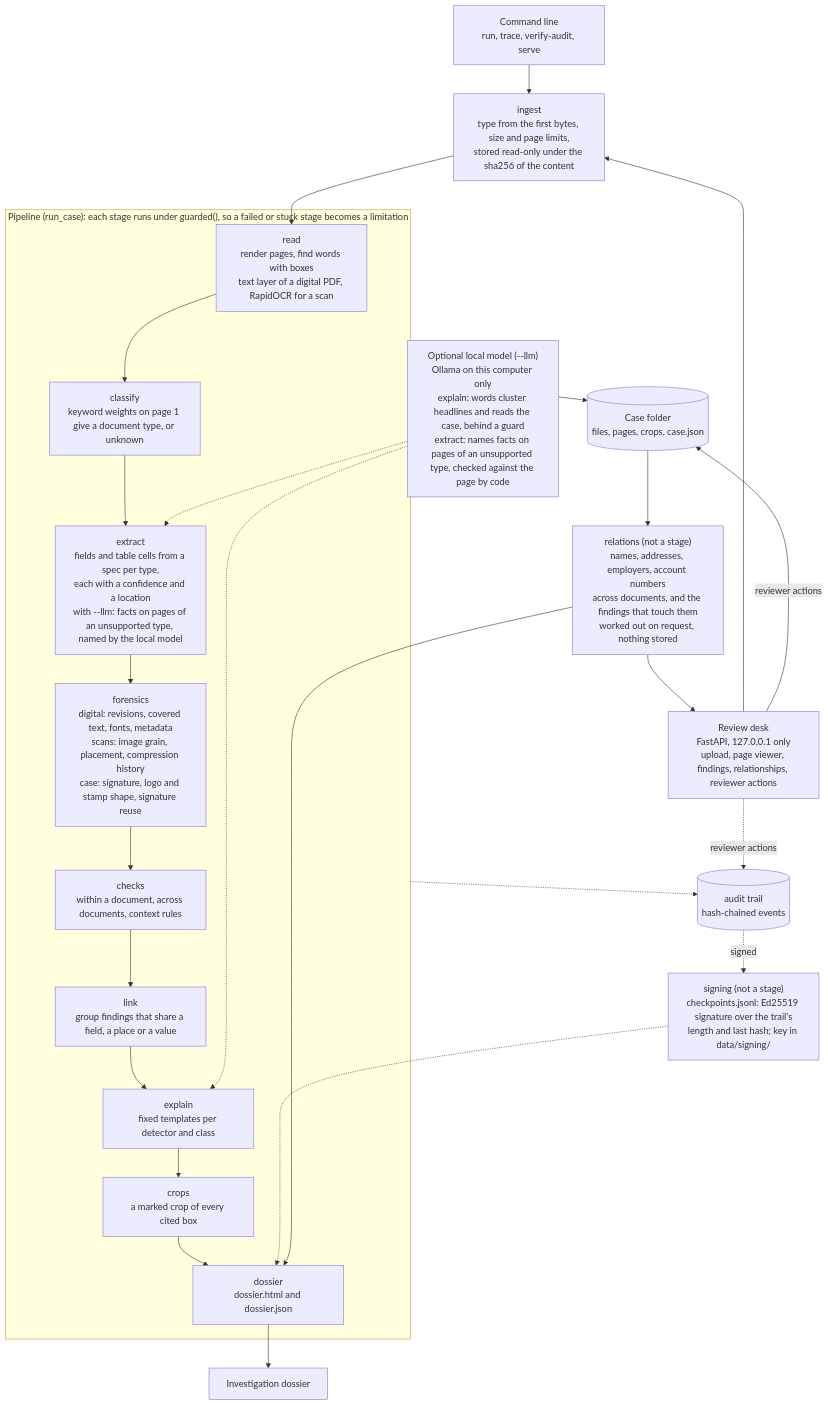
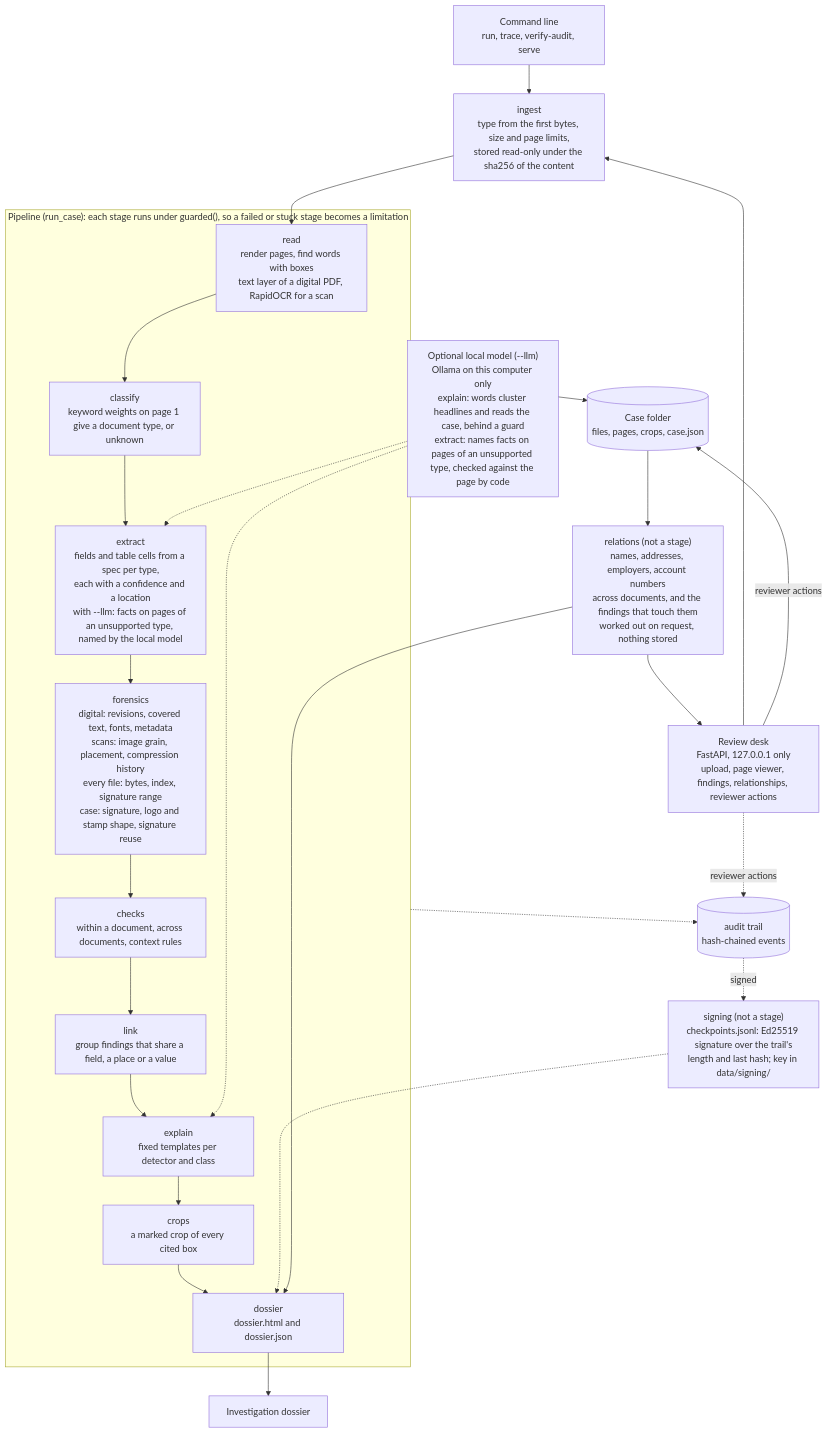
The diagram in docs/architecture.md (BU1lDR/docforensics), drawn with Mermaid before and after one commit. The commit also changed other lines of this file and 6 other files, not shown here.

Commit message:
Raw file structure: capability row, four limitations, README text, false-positive table row and architecture lines from the Task 27 handoff; the matrix has 33 rows and four of them list evaluation reports

````diff
--- a/docs/architecture.md
+++ b/docs/architecture.md
@@ -5,40 +5,40 @@
 ```mermaid
 flowchart TD
     cli["Command line<br/>run, trace, verify-audit, serve"]
     desk["Review desk<br/>FastAPI, 127.0.0.1 only<br/>upload, page viewer, findings, relationships, reviewer actions"]
     ingest["ingest<br/>type from the first bytes, size and page limits,<br/>stored read-only under the sha256 of the content"]
     cli --> ingest
     desk --> ingest
     ingest --> read
 
     subgraph pipeline["Pipeline (run_case): each stage runs under guarded(), so a failed or stuck stage becomes a limitation"]
         read["read<br/>render pages, find words with boxes<br/>text layer of a digital PDF, RapidOCR for a scan"]
         classify["classify<br/>keyword weights on page 1 give a document type, or unknown"]
         extract["extract<br/>fields and table cells from a spec per type,<br/>each with a confidence and a location<br/>with --llm: facts on pages of an unsupported type, named by the local model"]
-        forensics["forensics<br/>digital: revisions, covered text, fonts, metadata<br/>scans: image grain, placement, compression history<br/>case: signature, logo and stamp shape, signature reuse"]
+        forensics["forensics<br/>digital: revisions, covered text, fonts, metadata<br/>scans: image grain, placement, compression history<br/>every file: bytes, index, signature range<br/>case: signature, logo and stamp shape, signature reuse"]
         checks["checks<br/>within a document, across documents, context rules"]
         link["link<br/>group findings that share a field, a place or a value"]
         explain["explain<br/>fixed templates per detector and class"]
         crops["crops<br/>a marked crop of every cited box"]
         dossier["dossier<br/>dossier.html and dossier.json"]
         read --> classify --> extract --> forensics --> checks --> link --> explain --> crops --> dossier
     end
 
     llm["Optional local model (--llm)<br/>Ollama on this computer only<br/>explain: words cluster headlines and reads the case, behind a guard<br/>extract: names facts on pages of an unsupported type, checked against the page by code"]
     llm -.-> explain
     llm -.-> extract
     casefolder[("Case folder<br/>files, pages, crops, case.json")]
     audit[("audit trail<br/>hash-chained events")]
     sig["signing (not a stage)<br/>checkpoints.jsonl: Ed25519 signature over the trail's<br/>length and last hash; key in data/signing/"]
     relations["relations (not a stage)<br/>names, addresses, employers, account numbers<br/>across documents, and the findings that touch them<br/>worked out on request, nothing stored"]
     pipeline --> casefolder
     pipeline -.-> audit
     audit -.->|"signed"| sig
     sig -.-> dossier
     casefolder --> relations
     relations --> desk
     relations --> dossier
     desk -->|"reviewer actions"| casefolder
     desk -.->|"reviewer actions"| audit
     dossier --> report["Investigation dossier"]
 ```
````
